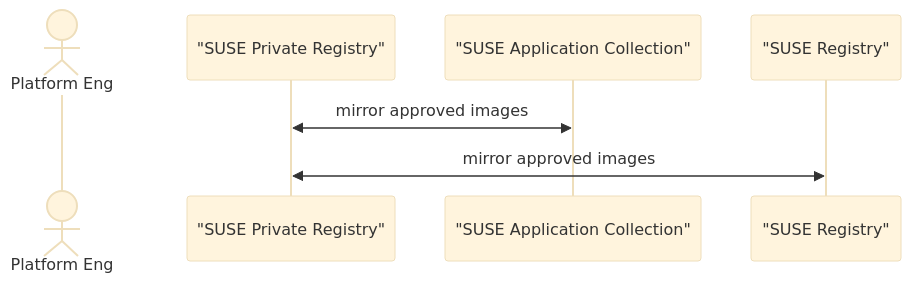
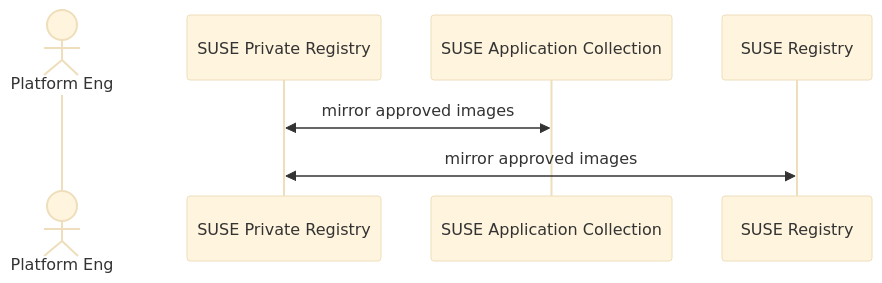
The second of 4 diagrams in README.md (rancher/devx-designs), drawn with Mermaid (base theme) before and after one commit.

Commit message:
Remove extraneous double quotes.

````diff
--- a/README.md
+++ b/README.md
@@ -63,11 +63,11 @@
 ```mermaid
 sequenceDiagram
     actor pe as Platform Eng 
-    participant reg as "SUSE Private Registry"
-    participant appco as "SUSE Application Collection"
-    participant sr as "SUSE Registry"
+    participant reg as SUSE Private Registry
+    participant appco as SUSE Application Collection
+    participant sr as SUSE Registry
     %% participant git as "Gitea"
     %% participant act as "Gitea Action" 
     reg<<->>appco: mirror approved images
     reg<<->>sr: mirror approved images
 ```
````
